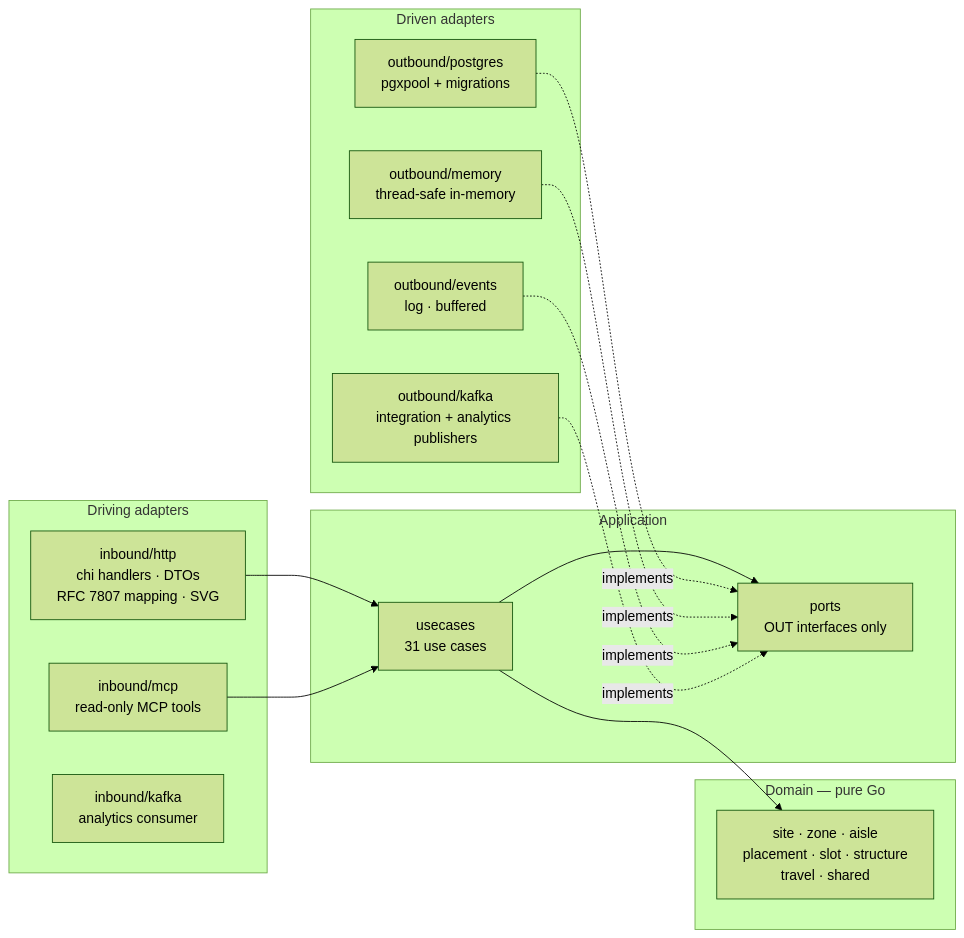
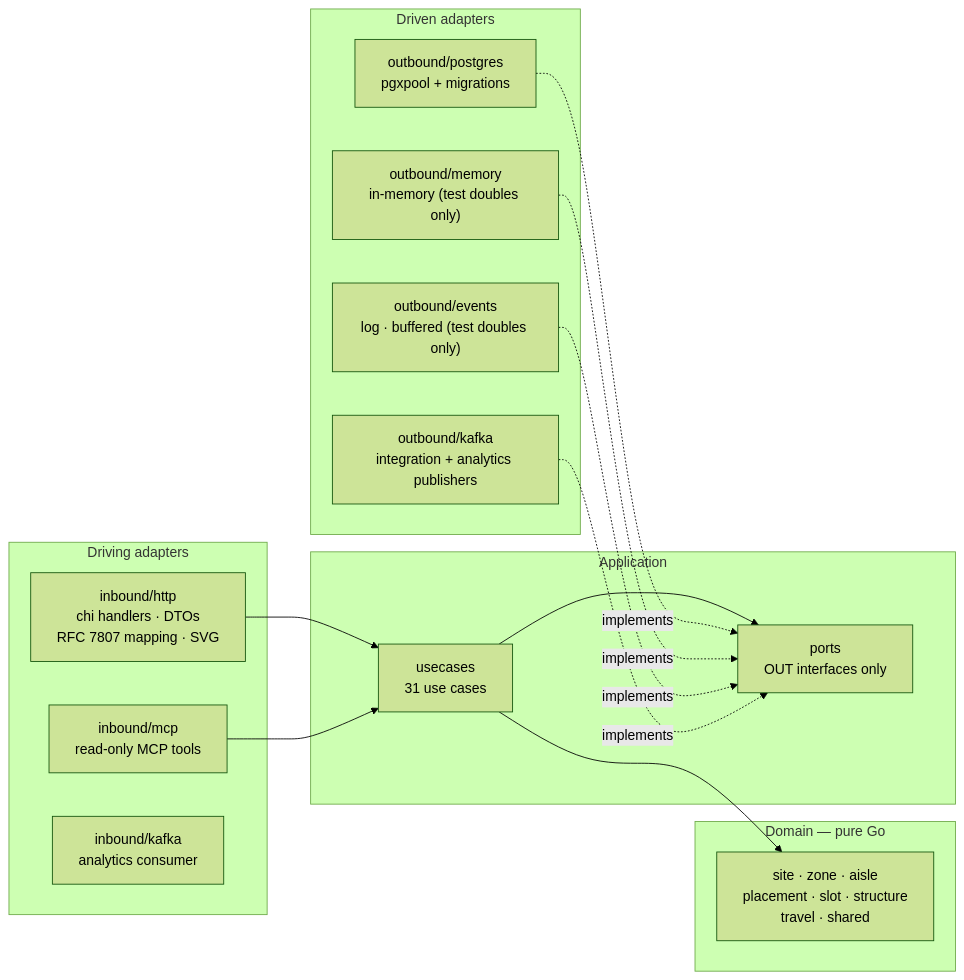
One commit to IQVO/facility-layout changed the diagram in docs/docs/ddd/hexagonal-architecture.md. Above: the diagram before and after it, drawn with Mermaid (forest theme). The commit also changed other lines of this file and 11 other files, not shown here.

````diff
--- a/docs/docs/ddd/hexagonal-architecture.md
+++ b/docs/docs/ddd/hexagonal-architecture.md
@@ -19,33 +19,33 @@
 ```mermaid
 graph LR
     subgraph Inbound["Driving adapters"]
         HTTP["inbound/http<br/>chi handlers · DTOs<br/>RFC 7807 mapping · SVG"]
         MCP["inbound/mcp<br/>read-only MCP tools"]
         KIN["inbound/kafka<br/>analytics consumer"]
     end
 
     subgraph App["Application"]
         UC["usecases<br/>31 use cases"]
         P["ports<br/>OUT interfaces only"]
     end
 
     subgraph Dom["Domain — pure Go"]
         D["site · zone · aisle<br/>placement · slot · structure<br/>travel · shared"]
     end
 
     subgraph Outbound["Driven adapters"]
         PG["outbound/postgres<br/>pgxpool + migrations"]
-        MEM["outbound/memory<br/>thread-safe in-memory"]
-        EV["outbound/events<br/>log · buffered"]
+        MEM["outbound/memory<br/>in-memory (test doubles only)"]
+        EV["outbound/events<br/>log · buffered (test doubles only)"]
         KF["outbound/kafka<br/>integration + analytics publishers"]
     end
 
     HTTP --> UC
     MCP --> UC
     UC --> D
     UC --> P
     PG -.implements.-> P
     MEM -.implements.-> P
     EV -.implements.-> P
     KF -.implements.-> P
 ```
````
